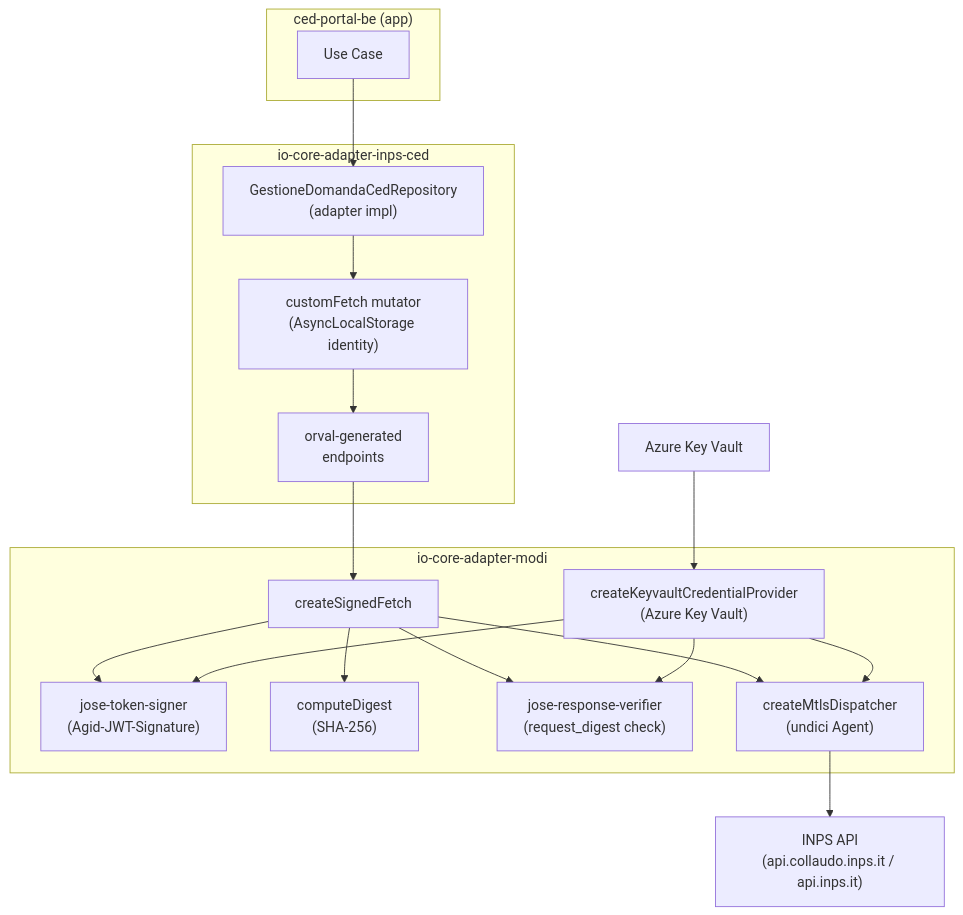
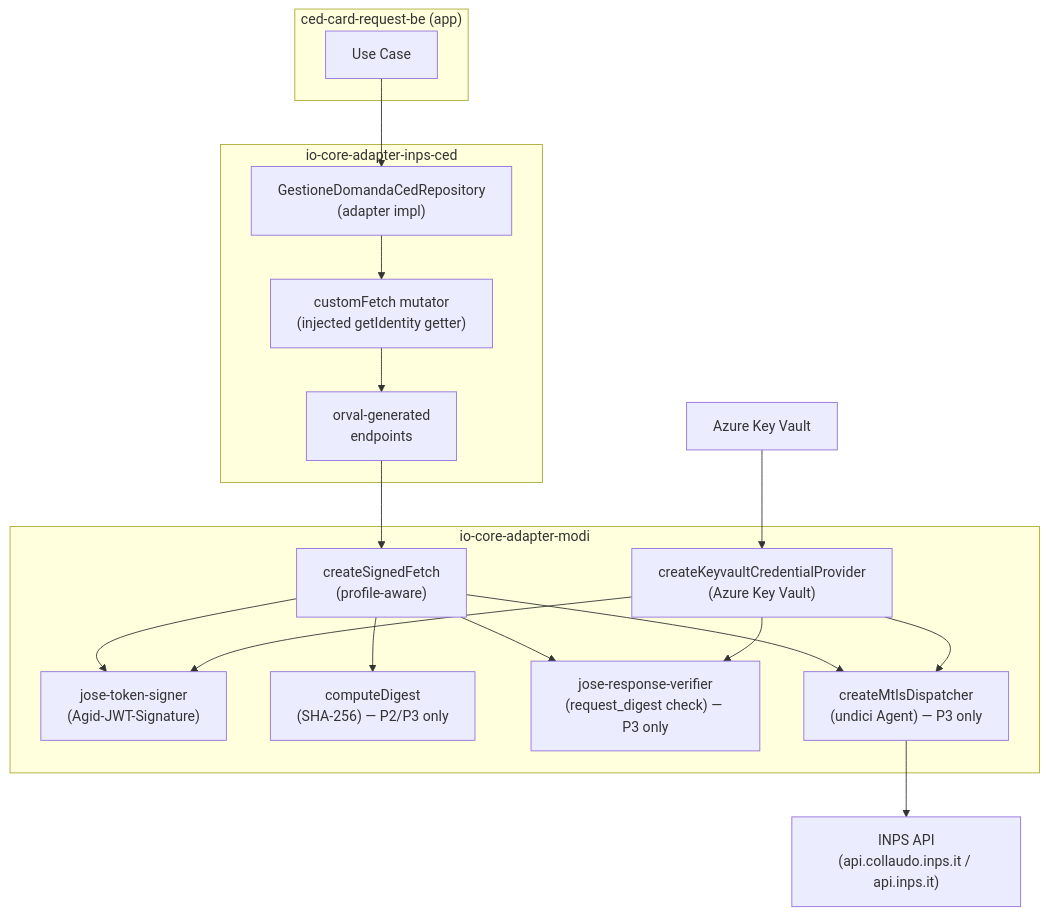
The second of 4 diagrams in docs/modi-inps/design-review.md (pagopa/io-growth), drawn with Mermaid before and after one commit. The commit also changed other lines of this file and 12 other files, not shown here.

````diff
--- a/docs/modi-inps/design-review.md
+++ b/docs/modi-inps/design-review.md
@@ -59,38 +63,38 @@
 ```mermaid
 flowchart TD
-    subgraph BE["ced-portal-be (app)"]
+    subgraph BE["ced-card-request-be (app)"]
         UC["Use Case"]
     end
 
     subgraph CED["io-core-adapter-inps-ced"]
         REPO["GestioneDomandaCedRepository\n(adapter impl)"]
-        CLIENT["customFetch mutator\n(AsyncLocalStorage identity)"]
+        CLIENT["customFetch mutator\n(injected getIdentity getter)"]
         GEN["orval-generated\nendpoints"]
     end
 
     subgraph MODI["io-core-adapter-modi"]
-        SF["createSignedFetch"]
+        SF["createSignedFetch\n(profile-aware)"]
         SIGNER["jose-token-signer\n(Agid-JWT-Signature)"]
-        DIGEST["computeDigest\n(SHA-256)"]
-        VERIFIER["jose-response-verifier\n(request_digest check)"]
-        MTLS["createMtlsDispatcher\n(undici Agent)"]
+        DIGEST["computeDigest\n(SHA-256) — P2/P3 only"]
+        VERIFIER["jose-response-verifier\n(request_digest check) — P3 only"]
+        MTLS["createMtlsDispatcher\n(undici Agent) — P3 only"]
         KV["createKeyvaultCredentialProvider\n(Azure Key Vault)"]
     end
 
     INPS["INPS API\n(api.collaudo.inps.it / api.inps.it)"]
     AKV["Azure Key Vault"]
 
     UC --> REPO
     REPO --> CLIENT
     CLIENT --> GEN
     GEN --> SF
     SF --> DIGEST
     SF --> SIGNER
     SF --> MTLS
     SF --> VERIFIER
     KV --> MTLS
     KV --> SIGNER
     KV --> VERIFIER
     AKV --> KV
     MTLS --> INPS
 ```
````
